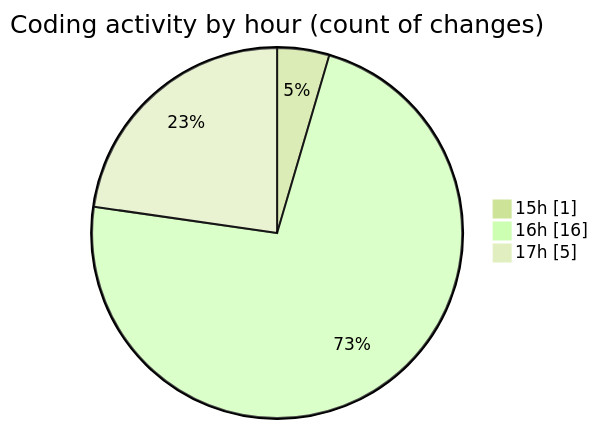
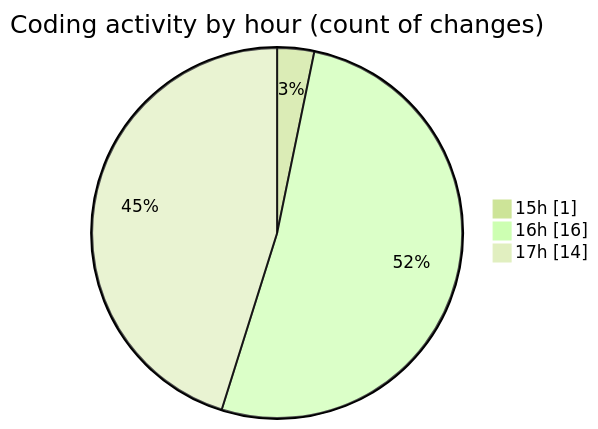
One commit to debugP/code-tracking changed the second of 2 diagrams in 2025-10-14/untitled__workspace_/README.md. Above: the diagram before and after it, drawn with Mermaid (forest theme). The commit also changed other lines of this file and 1 other file, not shown here.

````diff
--- a/2025-10-14/untitled__workspace_/README.md
+++ b/2025-10-14/untitled__workspace_/README.md
@@ -28,7 +28,7 @@
 ```mermaid
 pie showData
 title Coding activity by hour (count of changes)
 "15h" : 1
 "16h" : 16
-"17h" : 5
+"17h" : 14
 ```
````
